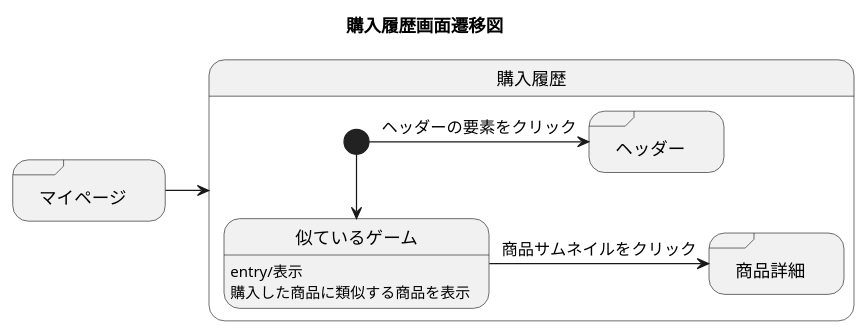
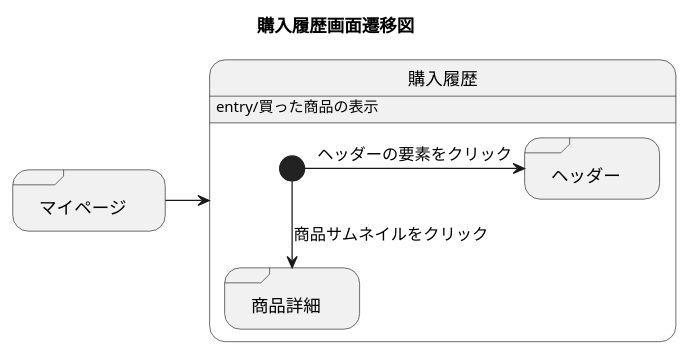
Before and after one commit to akutori/T-D-E: the diagram in 購入履歴.md, drawn with PlantUML.

Commit message:
追記修正

````diff
--- a/購入履歴.md
+++ b/購入履歴.md
@@ -1,18 +1,16 @@
 ```uml
 @startuml
 title 購入履歴画面遷移図
+state 購入履歴:entry/買った商品の表示
 state "マイページ" as mypage <<sdlreceive>>
 mypage -> 購入履歴
 state 購入履歴{
     state "ヘッダー" as headder<<sdlreceive>>
     state "商品詳細" as goodsdetail<<sdlreceive>>
-    state 似ているゲーム:entry/表示
-    state 似ているゲーム:購入した商品に類似する商品を表示
     [*]->headder :ヘッダーの要素をクリック
-    [*]-->似ているゲーム
-    似ているゲーム->goodsdetail : 商品サムネイルをクリック
+    [*]-->goodsdetail : 商品サムネイルをクリック
 }
 
 
 @enduml
 ```
````
